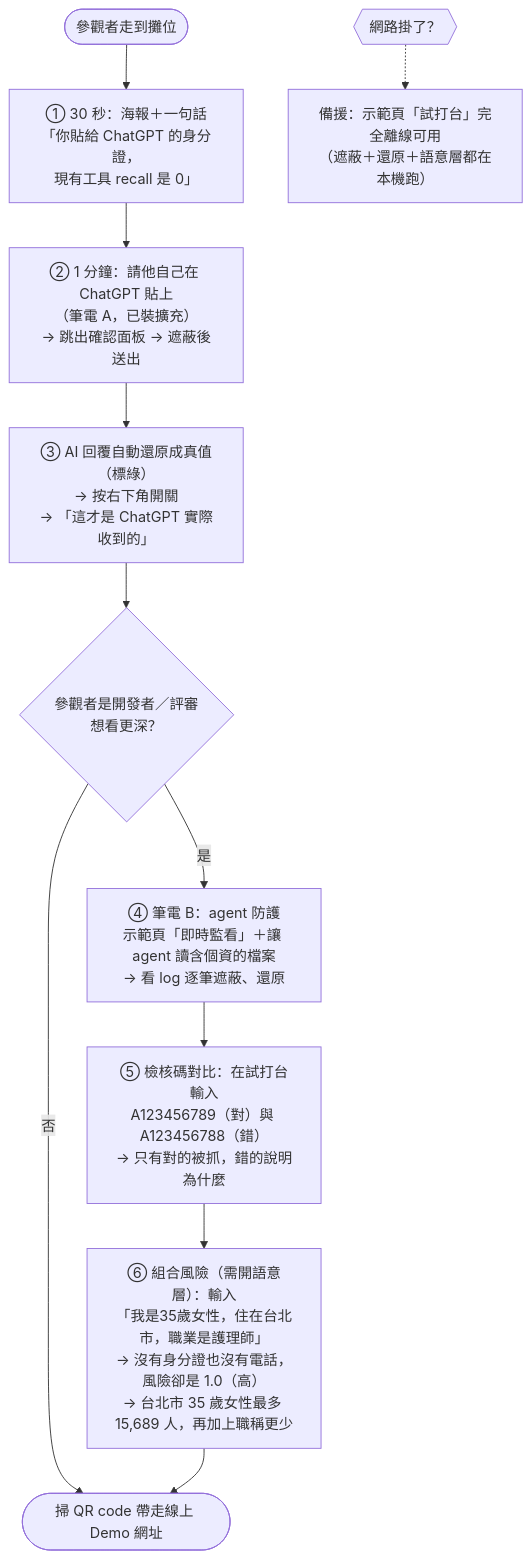
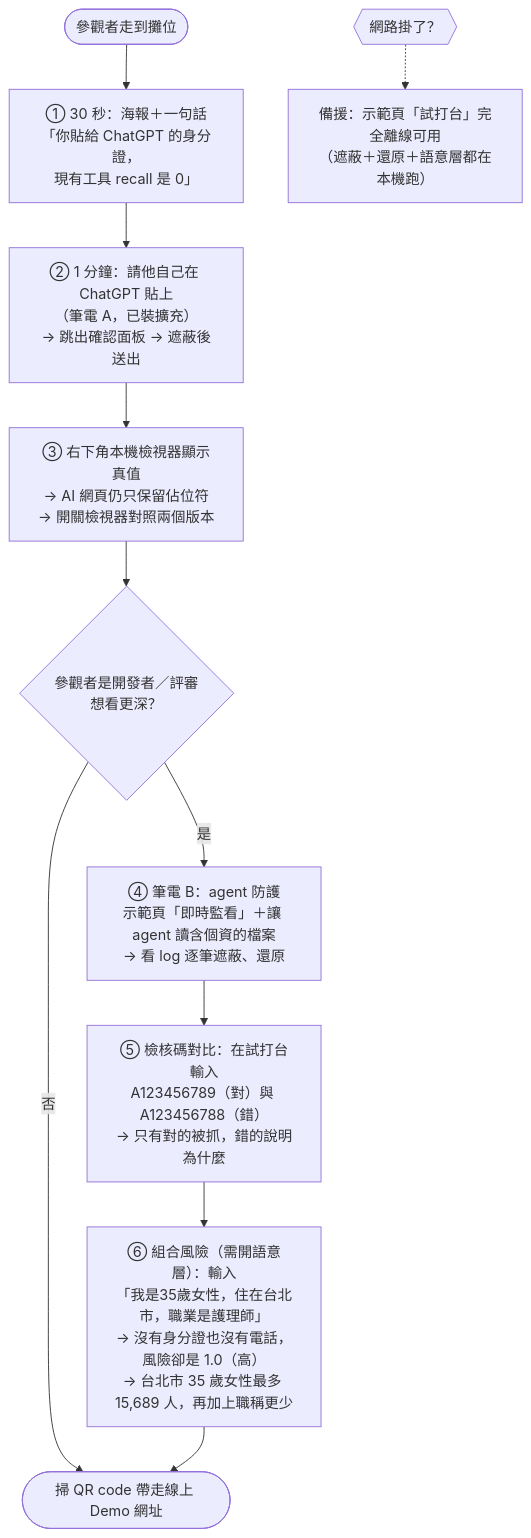
The eighth of 8 diagrams in docs/流程圖與工作流.md (JustinGNPS/tw-pii-filter), drawn with Mermaid before and after one commit. The commit also changed other lines of this file and 2 other files, not shown here.

Commit message:
docs: align manual with local restore viewer

````diff
--- a/docs/流程圖與工作流.md
+++ b/docs/流程圖與工作流.md
@@ -232,14 +234,14 @@
 ```mermaid
 flowchart TD
     START(["參觀者走到攤位"]) --> HOOK["① 30 秒：海報＋一句話<br/>「你貼給 ChatGPT 的身分證，<br/>現有工具 recall 是 0」"]
     HOOK --> TRY["② 1 分鐘：請他自己在 ChatGPT 貼上<br/>（筆電 A，已裝擴充）<br/>→ 跳出確認面板 → 遮蔽後送出"]
-    TRY --> RESTORE["③ AI 回覆自動還原成真值（標綠）<br/>→ 按右下角開關<br/>→ 「這才是 ChatGPT 實際收到的」"]
+    TRY --> RESTORE["③ 右下角本機檢視器顯示真值<br/>→ AI 網頁仍只保留佔位符<br/>→ 開關檢視器對照兩個版本"]
     RESTORE --> DEEP{"參觀者是開發者／評審<br/>想看更深？"}
     DEEP -- 是 --> AGENT["④ 筆電 B：agent 防護<br/>示範頁「即時監看」＋讓 agent 讀含個資的檔案<br/>→ 看 log 逐筆遮蔽、還原"]
     DEEP -- 否 --> END
     AGENT --> CHECK["⑤ 檢核碼對比：在試打台輸入<br/>A123456789（對）與 A123456788（錯）<br/>→ 只有對的被抓，錯的說明為什麼"]
     CHECK --> RISK["⑥ 組合風險（需開語意層）：輸入<br/>「我是35歲女性，住在台北市，職業是護理師」<br/>→ 沒有身分證也沒有電話，風險卻是 1.0（高）<br/>→ 台北市 35 歲女性最多 15,689 人，再加上職稱更少"]
     RISK --> END(["掃 QR code 帶走線上 Demo 網址"])
 
     NET{{"網路掛了？"}} -.-> OFFLINE["備援：示範頁「試打台」完全離線可用<br/>（遮蔽＋還原＋語意層都在本機跑）"]
 ```
````
